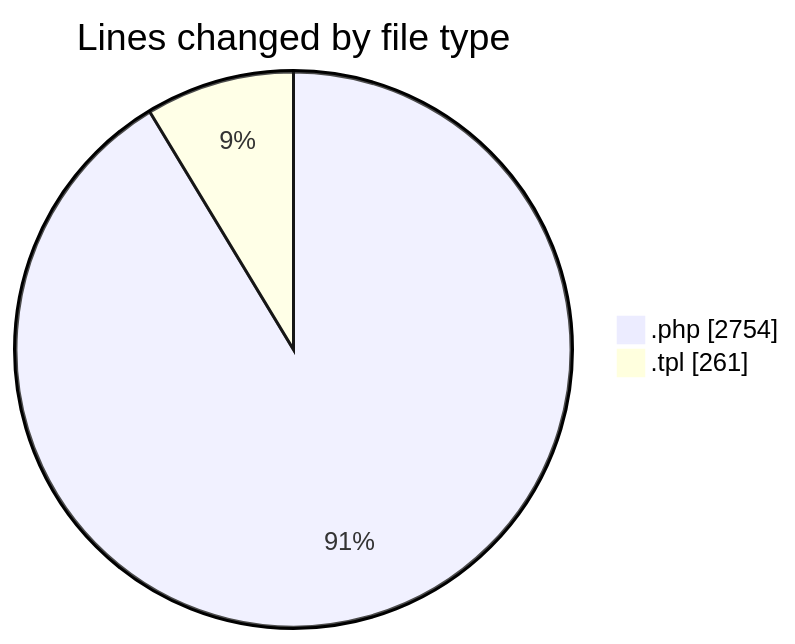
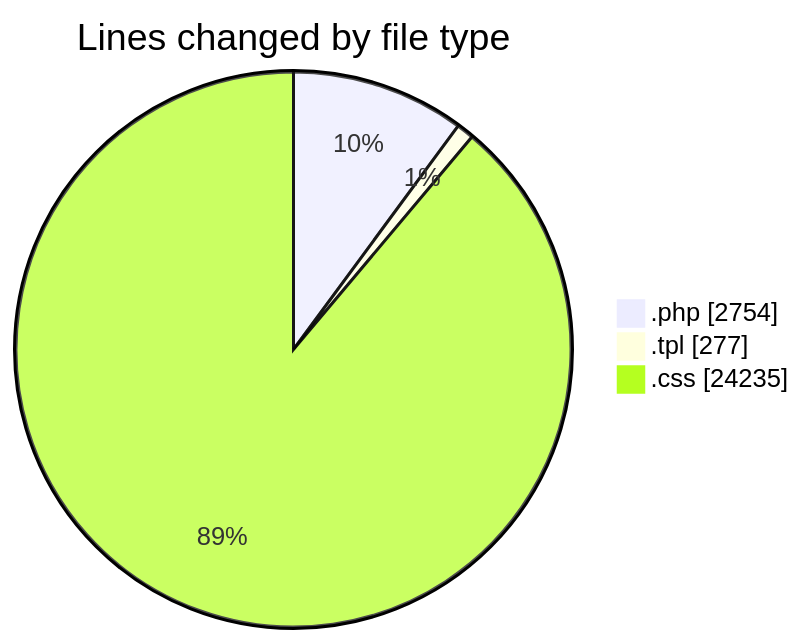
Before and after one commit to vahidmafi/code-tracking: the first of 2 diagrams in 2025-04-18/zeytoon/README.md, drawn with Mermaid. The commit also changed other lines of this file and 1 other file, not shown here.

````diff
--- a/2025-04-18/zeytoon/README.md
+++ b/2025-04-18/zeytoon/README.md
@@ -22,6 +24,7 @@
 ```mermaid
 pie showData
 title Lines changed by file type
 ".php" : 2754
-".tpl" : 261
+".tpl" : 277
+".css" : 24235
 ```
````
